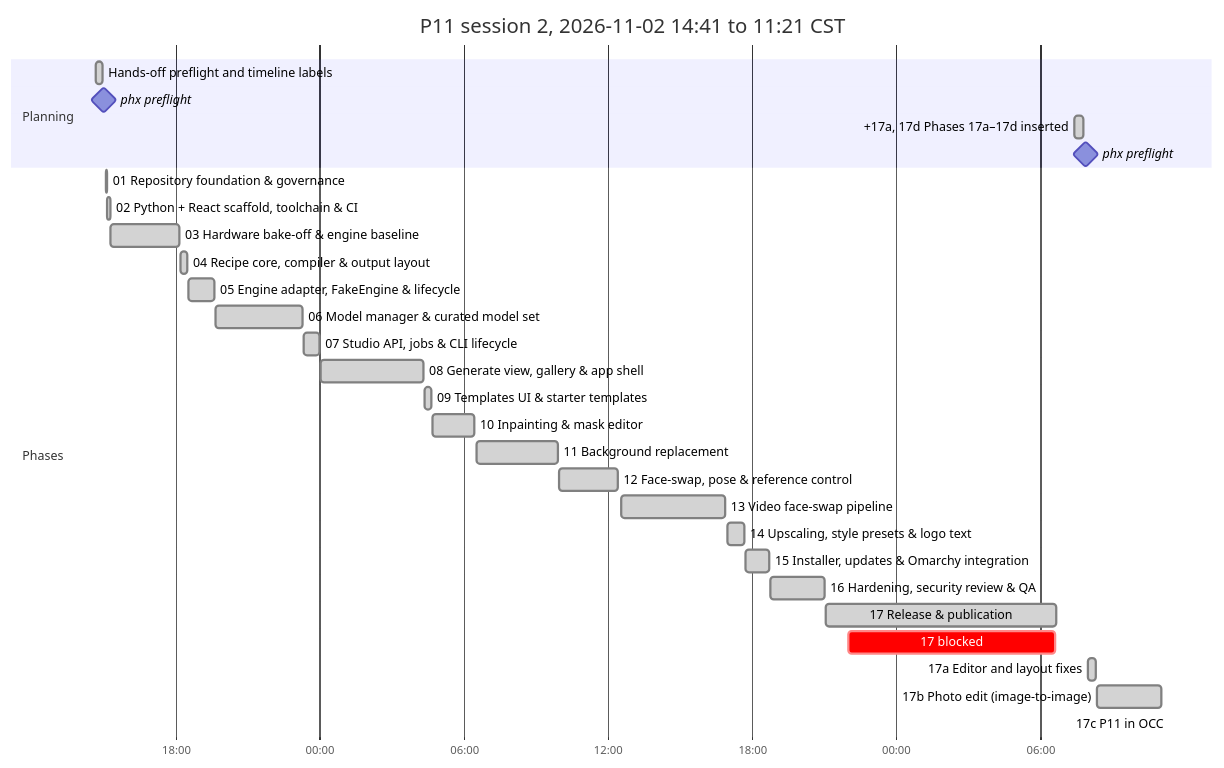
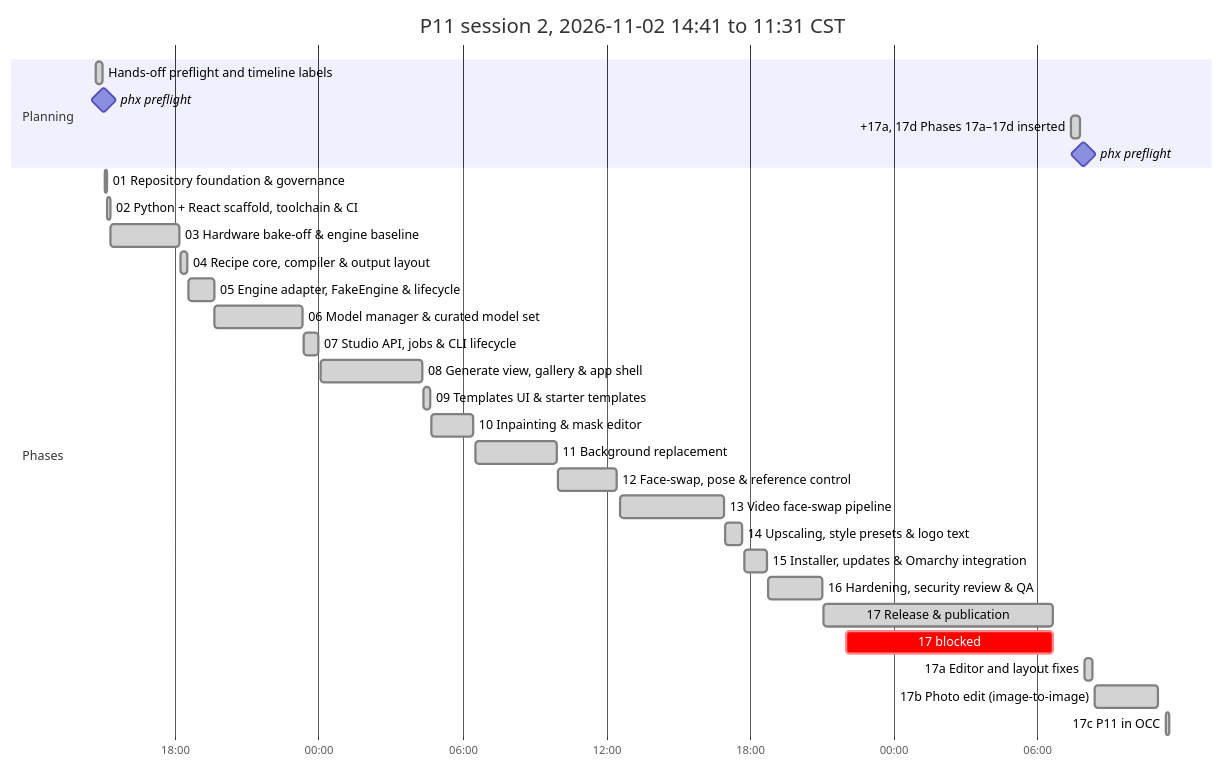
The second of 2 diagrams in P11_IMPLEMENTATION_PLAN.md (antonizick/project1111), drawn with Mermaid before and after one commit. The commit also changed other lines of this file and 2 other files, not shown here.

Commit message:
docs(plan): refresh timeline

````diff
--- a/P11_IMPLEMENTATION_PLAN.md
+++ b/P11_IMPLEMENTATION_PLAN.md
@@ -79,33 +79,33 @@
 ```mermaid
 gantt
-    title P11 session 2, 2026-11-02 14:41 to 11:21 CST
+    title P11 session 2, 2026-11-02 14:41 to 11:31 CST
     dateFormat YYYY-MM-DD HH:mm
     axisFormat %H:%M
     section Planning
     Hands-off preflight and timeline labels :done, plan3, 2026-11-02 14:41, 2026-11-02 14:59
     phx preflight :milestone, pf13ee0d5, 2026-11-02 15:00, 0m
     +17a, 17d Phases 17a–17d inserted :done, plan4, 2026-11-04 07:25, 2026-11-04 07:47
     phx preflight :milestone, pf19ebe39, 2026-11-04 07:54, 0m
     section Phases
     01 Repository foundation & governance :done, p01s2, 2026-11-02 15:05, 2026-11-02 15:08
     02 Python + React scaffold, toolchain & CI :done, p02s2, 2026-11-02 15:09, 2026-11-02 15:18
     03 Hardware bake-off & engine baseline :done, p03s2, 2026-11-02 15:19, 2026-11-02 18:10
     04 Recipe core, compiler & output layout :done, p04s2, 2026-11-02 18:12, 2026-11-02 18:30
     05 Engine adapter, FakeEngine & lifecycle :done, p05s2, 2026-11-02 18:32, 2026-11-02 19:37
     06 Model manager & curated model set :done, p06s2, 2026-11-02 19:39, 2026-11-02 23:18
     07 Studio API, jobs & CLI lifecycle :done, p07s2, 2026-11-02 23:21, 2026-11-03 00:00
     08 Generate view, gallery & app shell :done, p08s2, 2026-11-03 00:03, 2026-11-03 04:18
     09 Templates UI & starter templates :done, p09s2, 2026-11-03 04:21, 2026-11-03 04:38
     10 Inpainting & mask editor :done, p10s2, 2026-11-03 04:41, 2026-11-03 06:25
     11 Background replacement :done, p11s2, 2026-11-03 06:31, 2026-11-03 09:55
     12 Face-swap, pose & reference control :done, p12s2, 2026-11-03 09:58, 2026-11-03 12:25
     13 Video face-swap pipeline :done, p13s2, 2026-11-03 12:34, 2026-11-03 16:54
     14 Upscaling, style presets & logo text :done, p14s2, 2026-11-03 16:58, 2026-11-03 17:41
     15 Installer, updates & Omarchy integration :done, p15s2, 2026-11-03 17:45, 2026-11-03 18:42
     16 Hardening, security review & QA :done, p16s2, 2026-11-03 18:46, 2026-11-03 21:00
     17 Release & publication :done, p17s2, 2026-11-03 21:04, 2026-11-04 06:39
     17 blocked :crit, p17w1s2, 2026-11-03 22:01, 2026-11-04 06:38
     17a Editor and layout fixes :done, p17as2, 2026-11-04 07:59, 2026-11-04 08:18
     17b Photo edit (image-to-image) :done, p17bs2, 2026-11-04 08:22, 2026-11-04 11:02
-    17c P11 in OCC :active, p17cs2, 2026-11-04 11:21, 2026-11-04 11:22
+    17c P11 in OCC :done, p17cs2, 2026-11-04 11:21, 2026-11-04 11:30
 ```
````
